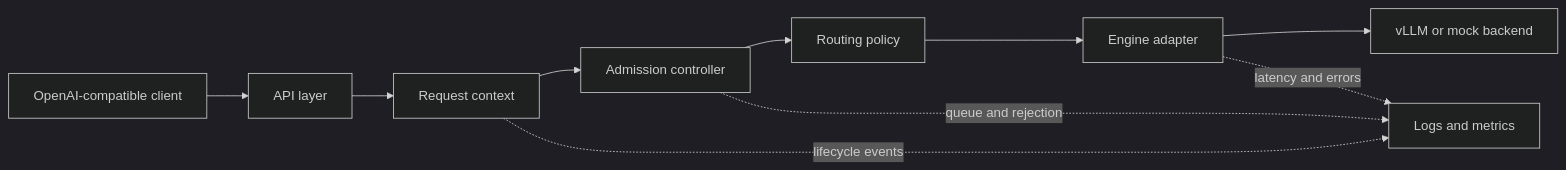
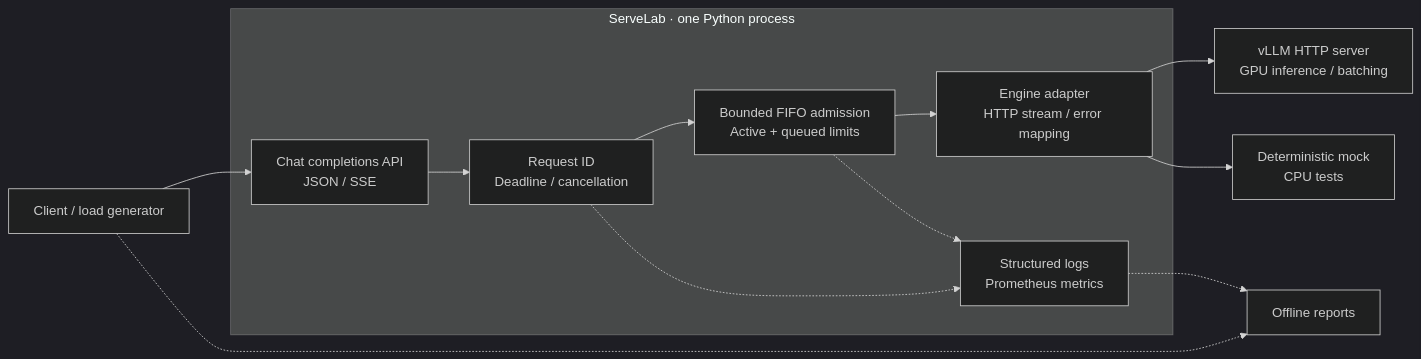
Before and after one commit to JerryZJ466/ServeLab: the diagram in README.md, drawn with Mermaid (dark theme). The commit also changed other lines of this file and 25 other files, not shown here.

````diff
--- a/README.md
+++ b/README.md
@@ -91,12 +16,15 @@
 ```mermaid
 flowchart LR
-    C["OpenAI-compatible client"] --> A["API layer"]
-    A --> X["Request context"]
-    X --> D["Admission controller"]
-    D --> R["Routing policy"]
-    R --> E["Engine adapter"]
-    E --> V["vLLM or mock backend"]
-    X -. lifecycle events .-> O["Logs and metrics"]
-    D -. queue and rejection .-> O
-    E -. latency and errors .-> O
+    Client["Client / load generator"] --> API
+    subgraph Gateway["ServeLab · one Python process"]
+        API["Chat completions API<br/>JSON / SSE"] --> Lifecycle["Request ID<br/>Deadline / cancellation"]
+        Lifecycle --> Admission["Bounded FIFO admission<br/>Active + queued limits"]
+        Admission --> Adapter["Engine adapter<br/>HTTP stream / error mapping"]
+        Lifecycle -.-> Observe["Structured logs<br/>Prometheus metrics"]
+        Admission -.-> Observe
+    end
+    Adapter --> Engine["vLLM HTTP server<br/>GPU inference / batching"]
+    Adapter --> Mock["Deterministic mock<br/>CPU tests"]
+    Observe -.-> Report["Offline reports"]
+    Client -.-> Report
 ```
````
